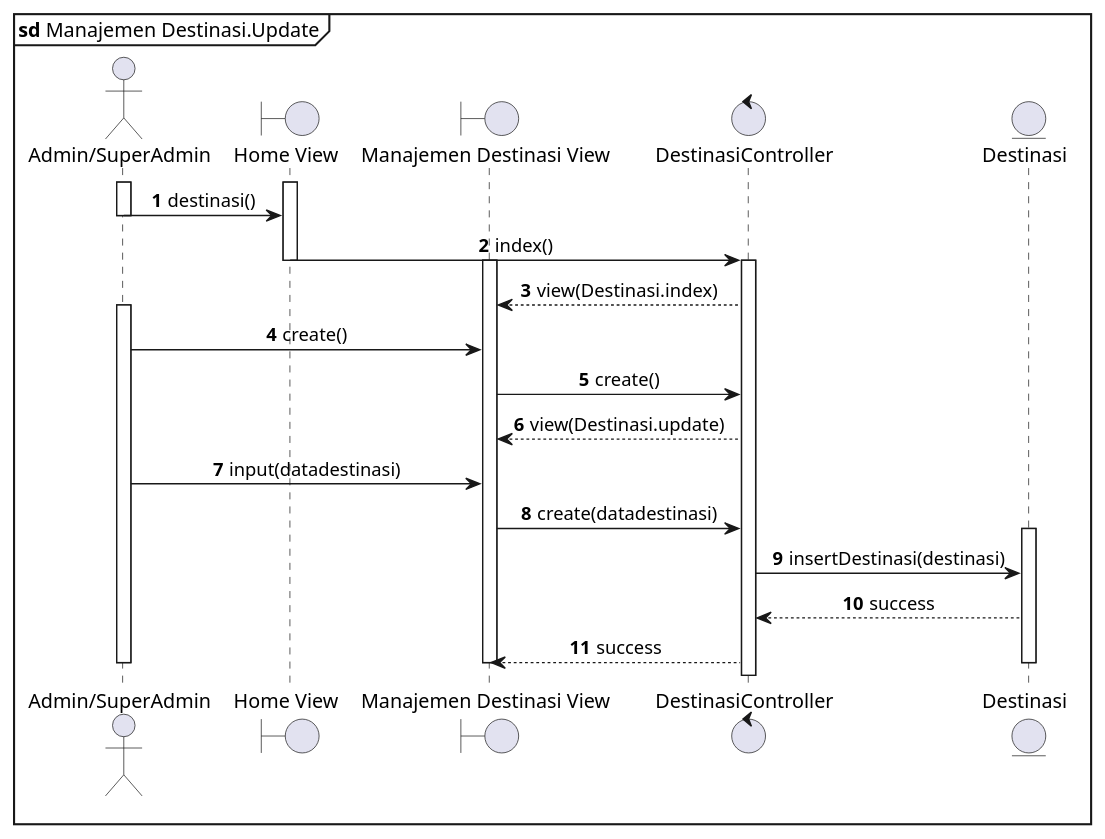
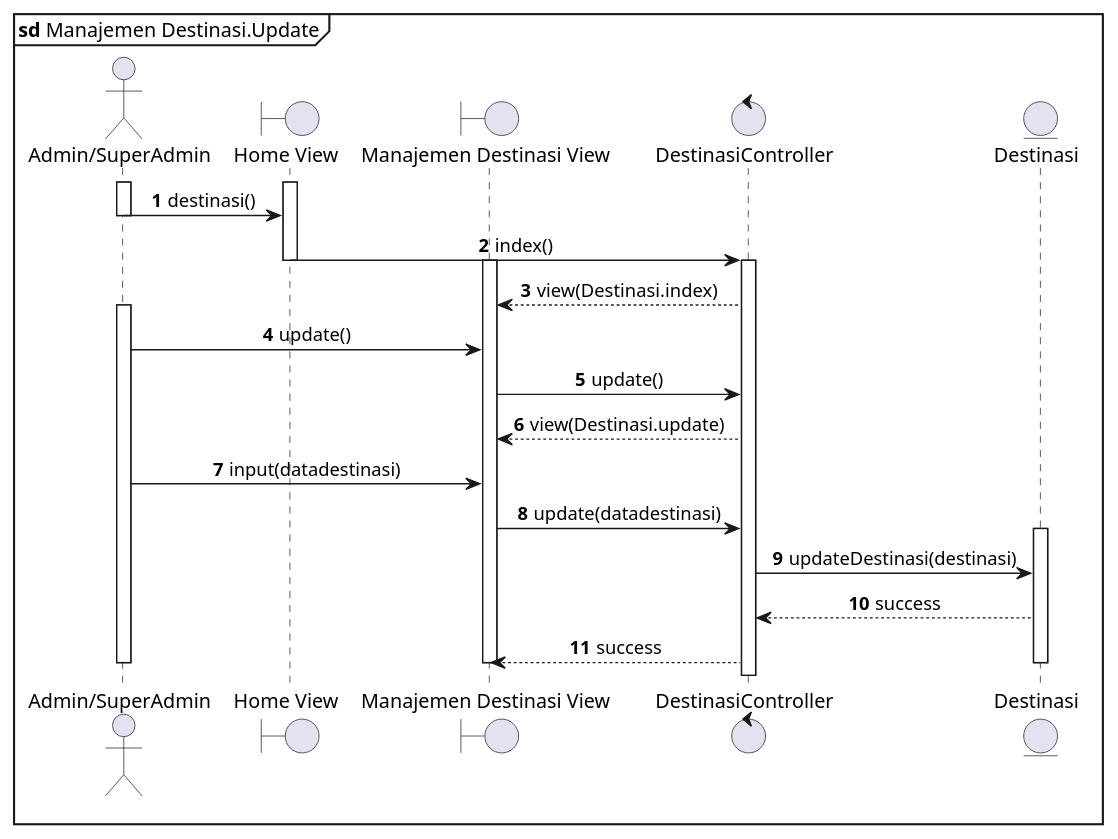
One commit to MF-Rozi/wisata-bumnag-TA changed the diagram in web/Manajemen Destinasi/manajemen-destinasi.update.pu. Above: the diagram before and after it, drawn with PlantUML. The commit also changed 3 other files, not shown here.

```diff
--- a/web/Manajemen Destinasi/manajemen-destinasi.update.pu
+++ b/web/Manajemen Destinasi/manajemen-destinasi.update.pu
@@ -1,36 +1,36 @@
 @startuml Destinasi Manajemen.Update
 mainframe **sd** Manajemen Destinasi.Update
 actor "Admin/SuperAdmin"  as User
 boundary "Home View" as HomeView
 boundary "Manajemen Destinasi View" as DestinasiView
 control DestinasiController 
 entity Destinasi as DestinasiModel
 
 autonumber
 ' autoactivate on
 skinparam SequenceMessageAlignment center
 
 activate User
 activate HomeView
 User->HomeView: destinasi()
 deactivate User
 HomeView->DestinasiController: index()
 deactivate HomeView
 activate DestinasiController
 activate DestinasiView
 DestinasiController-->DestinasiView: view(Destinasi.index)
 activate User
-User->DestinasiView: create()
-DestinasiView->DestinasiController : create()
+User->DestinasiView: update()
+DestinasiView->DestinasiController : update()
 DestinasiController --> DestinasiView: view(Destinasi.update)
 User->DestinasiView: input(datadestinasi)
-DestinasiView->DestinasiController: create(datadestinasi)
+DestinasiView->DestinasiController: update(datadestinasi)
 activate DestinasiModel
-DestinasiController->DestinasiModel: insertDestinasi(destinasi)
+DestinasiController->DestinasiModel: updateDestinasi(destinasi)
 DestinasiModel-->DestinasiController: success
 DestinasiController-->DestinasiView: success
 deactivate DestinasiModel
 deactivate DestinasiView
 deactivate User
 
 @enduml
```
